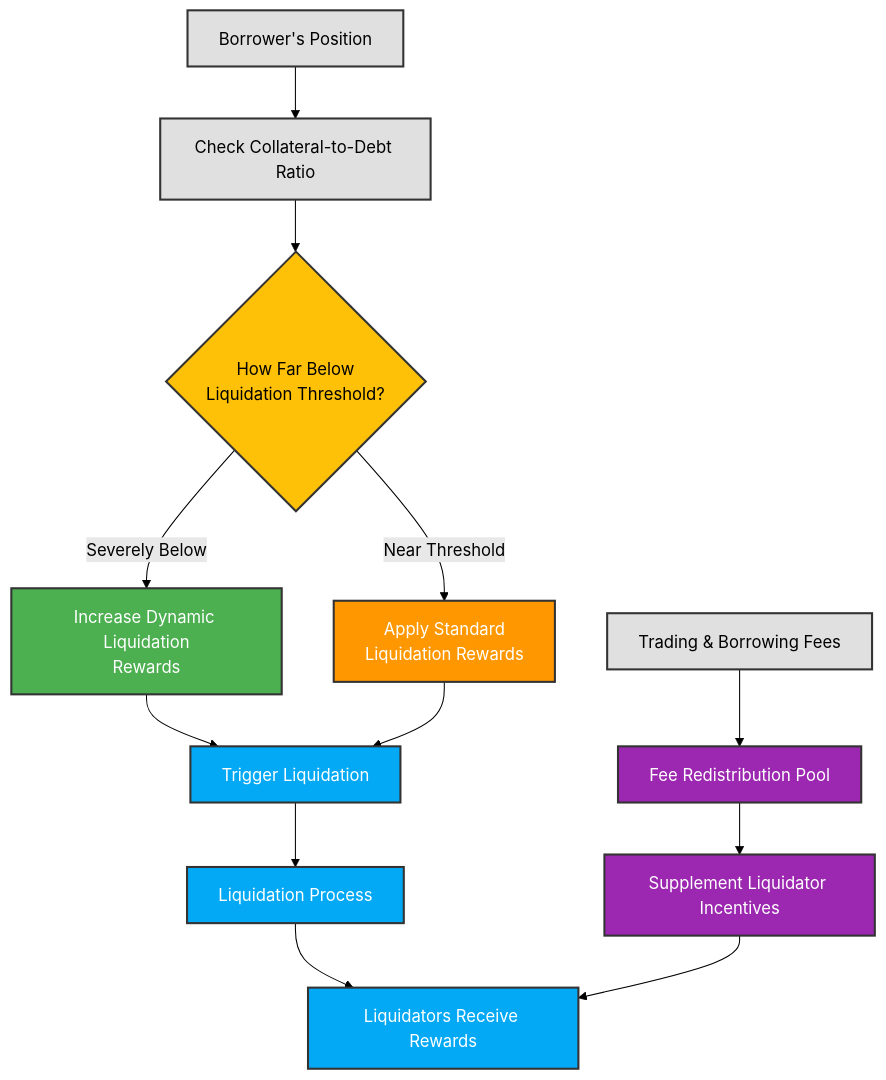
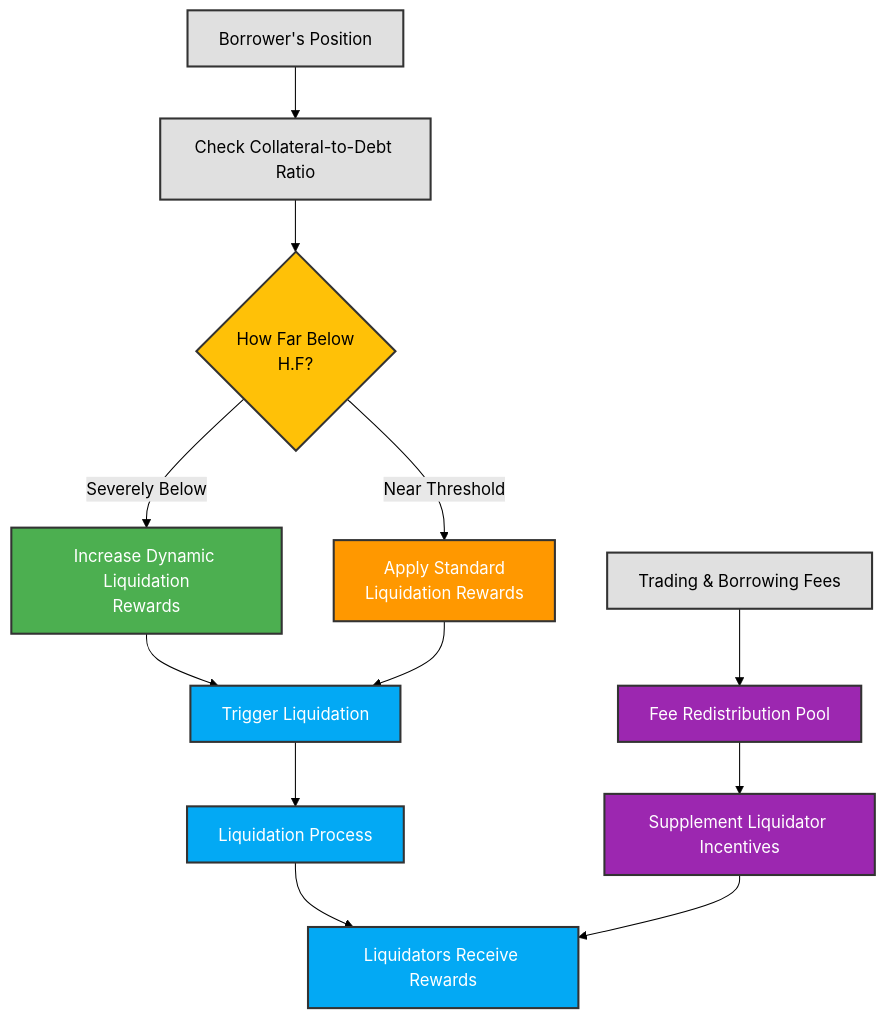
The second of 4 diagrams in README.md (0xumarkhatab/Fluid-Protocol-Research), drawn with Mermaid (forest theme) before and after one commit.

````diff
--- a/README.md
+++ b/README.md
@@ -385,31 +385,31 @@
 ```mermaid
 flowchart TD
     A[Borrower's Position]
     B[Check Collateral-to-Debt Ratio]
     A --> B
-    B --> C{How Far Below<br/>Liquidation Threshold?}
+    B --> C{How Far Below<br/>H.F?}
     C -- "Severely Below" --> D[Increase Dynamic Liquidation<br/>Rewards]
     C -- "Near Threshold" --> E[Apply Standard<br/>Liquidation Rewards]
     D --> F[Trigger Liquidation]
     E --> F
     F --> G[Liquidation Process]
     G --> H[Liquidators Receive Rewards]
     
     I[Trading & Borrowing Fees]
     I --> J[Fee Redistribution Pool]
     J --> K[Supplement Liquidator Incentives]
     K --> H
 
     %% Styling nodes for readability on both white and dark backgrounds
     style A fill:#E0E0E0,stroke:#333,stroke-width:2px, color:#000
     style B fill:#E0E0E0,stroke:#333,stroke-width:2px, color:#000
     style C fill:#FFC107,stroke:#333,stroke-width:2px, color:#000
     style D fill:#4CAF50,stroke:#333,stroke-width:2px, color:#fff
     style E fill:#FF9800,stroke:#333,stroke-width:2px, color:#fff
     style F fill:#03A9F4,stroke:#333,stroke-width:2px, color:#fff
     style G fill:#03A9F4,stroke:#333,stroke-width:2px, color:#fff
     style H fill:#03A9F4,stroke:#333,stroke-width:2px, color:#fff
     style I fill:#E0E0E0,stroke:#333,stroke-width:2px, color:#000
     style J fill:#9C27B0,stroke:#333,stroke-width:2px, color:#fff
     style K fill:#9C27B0,stroke:#333,stroke-width:2px, color:#fff
 ```
````
